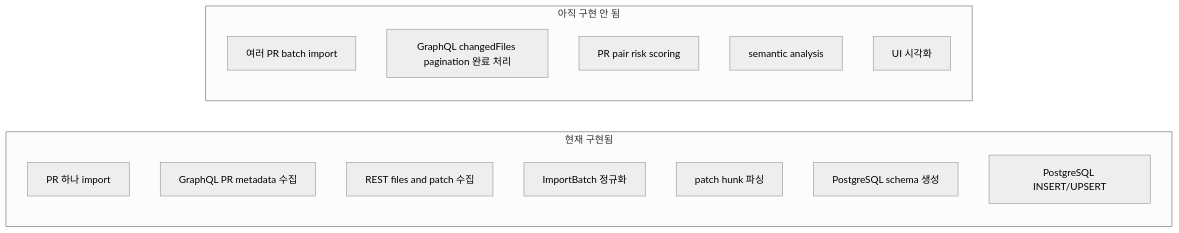
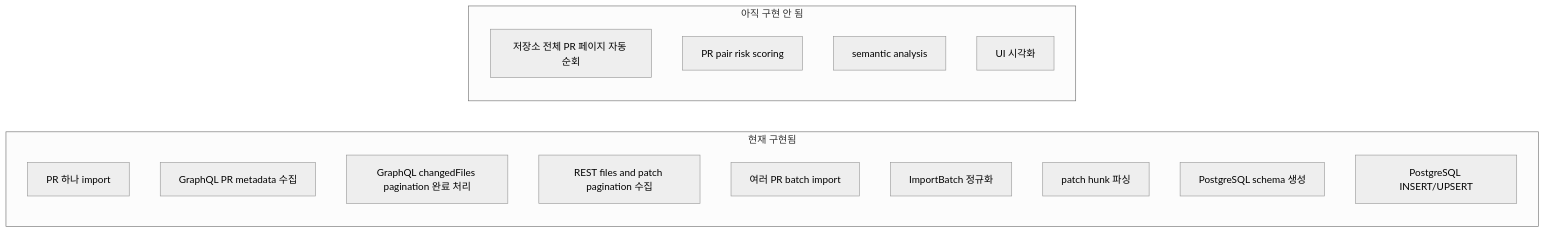
Before and after one commit to KFJG-Team1/rag-board: diagram 13 of 13 in pr_atlas_mvp/lesson/TOP_DOWN_POSTGRES_IMPORT.md, drawn with Mermaid (neutral theme). The commit also changed other lines of this file and 2 other files, not shown here.

````diff
--- a/pr_atlas_mvp/lesson/TOP_DOWN_POSTGRES_IMPORT.md
+++ b/pr_atlas_mvp/lesson/TOP_DOWN_POSTGRES_IMPORT.md
@@ -452,20 +580,21 @@
 ```mermaid
 flowchart LR
     subgraph Done["현재 구현됨"]
         D1["PR 하나 import"]
         D2["GraphQL PR metadata 수집"]
-        D3["REST files and patch 수집"]
-        D4["ImportBatch 정규화"]
-        D5["patch hunk 파싱"]
-        D6["PostgreSQL schema 생성"]
-        D7["PostgreSQL INSERT/UPSERT"]
+        D3["GraphQL changedFiles pagination 완료 처리"]
+        D4["REST files and patch pagination 수집"]
+        D5["여러 PR batch import"]
+        D6["ImportBatch 정규화"]
+        D7["patch hunk 파싱"]
+        D8["PostgreSQL schema 생성"]
+        D9["PostgreSQL INSERT/UPSERT"]
     end
 
     subgraph NotYet["아직 구현 안 됨"]
-        N1["여러 PR batch import"]
-        N2["GraphQL changedFiles pagination 완료 처리"]
-        N3["PR pair risk scoring"]
-        N4["semantic analysis"]
-        N5["UI 시각화"]
+        N1["저장소 전체 PR 페이지 자동 순회"]
+        N2["PR pair risk scoring"]
+        N3["semantic analysis"]
+        N4["UI 시각화"]
     end
 ```
````
